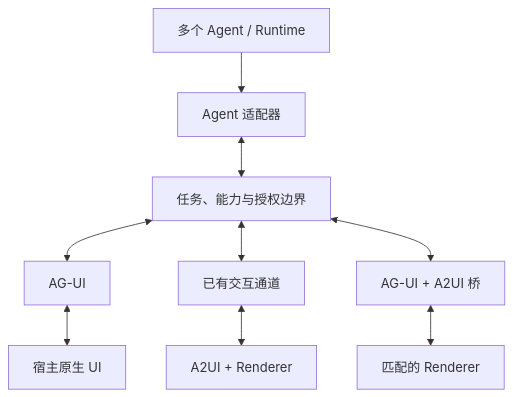
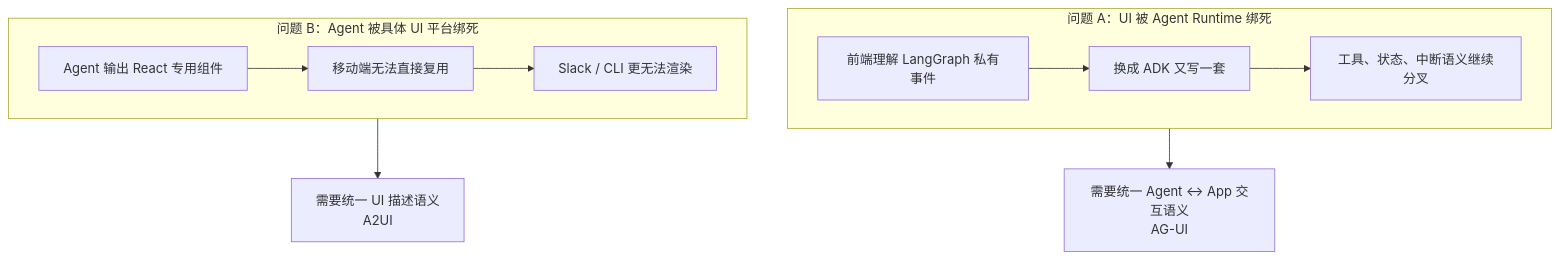
The second of 14 diagrams in profiles/default/content/zh/notes/ag-ui-a2ui-agent-runtime-generative-ui-ai-native.mdx (Nunchakus888/dossierkit), drawn with Mermaid before and after one commit. The commit also changed other lines of this file, not shown here.

Commit message:
Update note: AG-UI 与 A2UI：构建跨 Agent、跨平台的交互架构

````diff
--- a/profiles/default/content/zh/notes/ag-ui-a2ui-agent-runtime-generative-ui-ai-native.mdx
+++ b/profiles/default/content/zh/notes/ag-ui-a2ui-agent-runtime-generative-ui-ai-native.mdx
@@ -141,13 +121,15 @@
-```mermaid
+~~~mermaid
 flowchart TB
-  accTitle: 多 Agent、多平台的三种组合路径
-  accDescr: 多个 Agent 经过适配与任务授权边界，可选择 AG-UI 配原生界面、既有交互通道配 A2UI，或 AG-UI 与 A2UI 组合。所有路径的用户动作都回到同一任务边界。
-  A["多个 Agent / Runtime"] --> B["Agent 适配器"]
-  B <--> G["任务、能力与授权边界"]
-  G <--> X["AG-UI"]
-  G <--> Y["已有交互通道"]
-  G <--> Z["AG-UI + A2UI 桥"]
-  X <--> P["宿主原生 UI"]
-  Y <--> Q["A2UI + Renderer"]
-  Z <--> R["匹配的 Renderer"]
-```
+  subgraph L["问题 A：UI 被 Agent Runtime 绑死"]
+    L1["前端理解 LangGraph 私有事件"] --> L2["换成 ADK 又写一套"]
+    L2 --> L3["工具、状态、中断语义继续分叉"]
+  end
+
+  subgraph R["问题 B：Agent 被具体 UI 平台绑死"]
+    R1["Agent 输出 React 专用组件"] --> R2["移动端无法直接复用"]
+    R2 --> R3["Slack / CLI 更无法渲染"]
+  end
+
+  L --> AG["需要统一 Agent ↔ App 交互语义\nAG-UI"]
+  R --> A2["需要统一 UI 描述语义\nA2UI"]
+~~~
````
